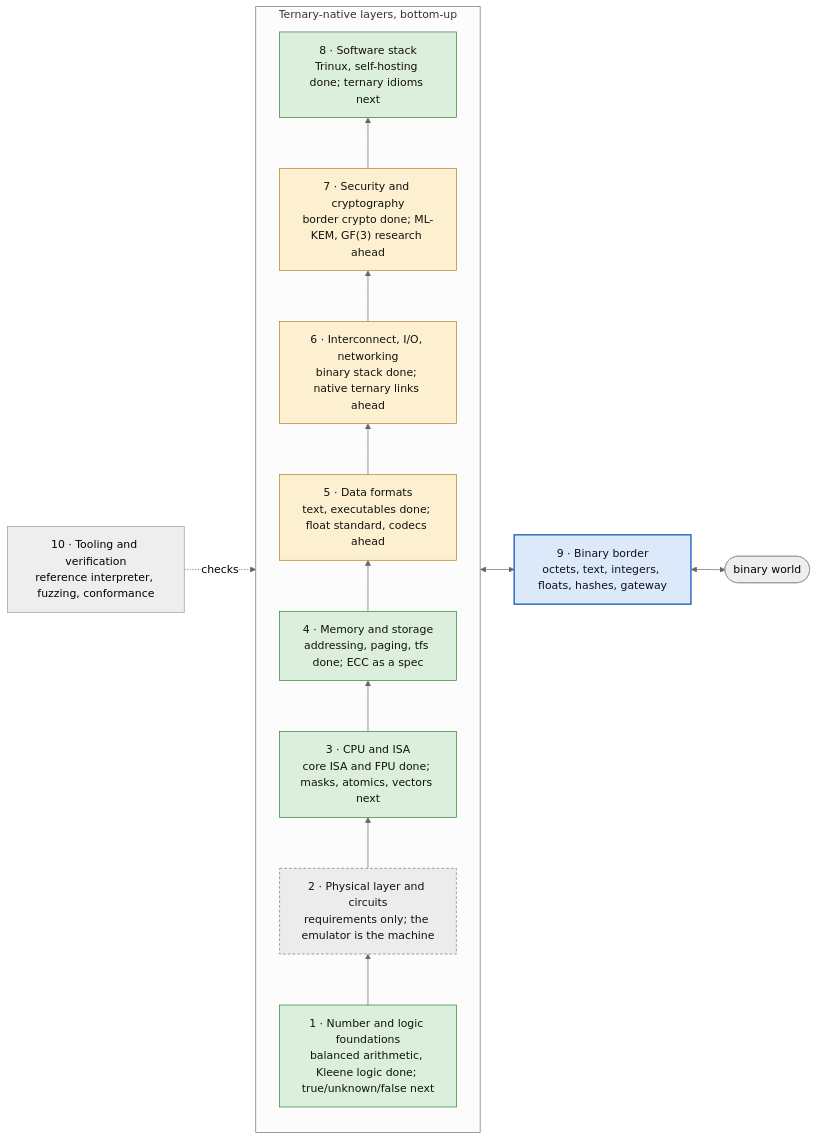
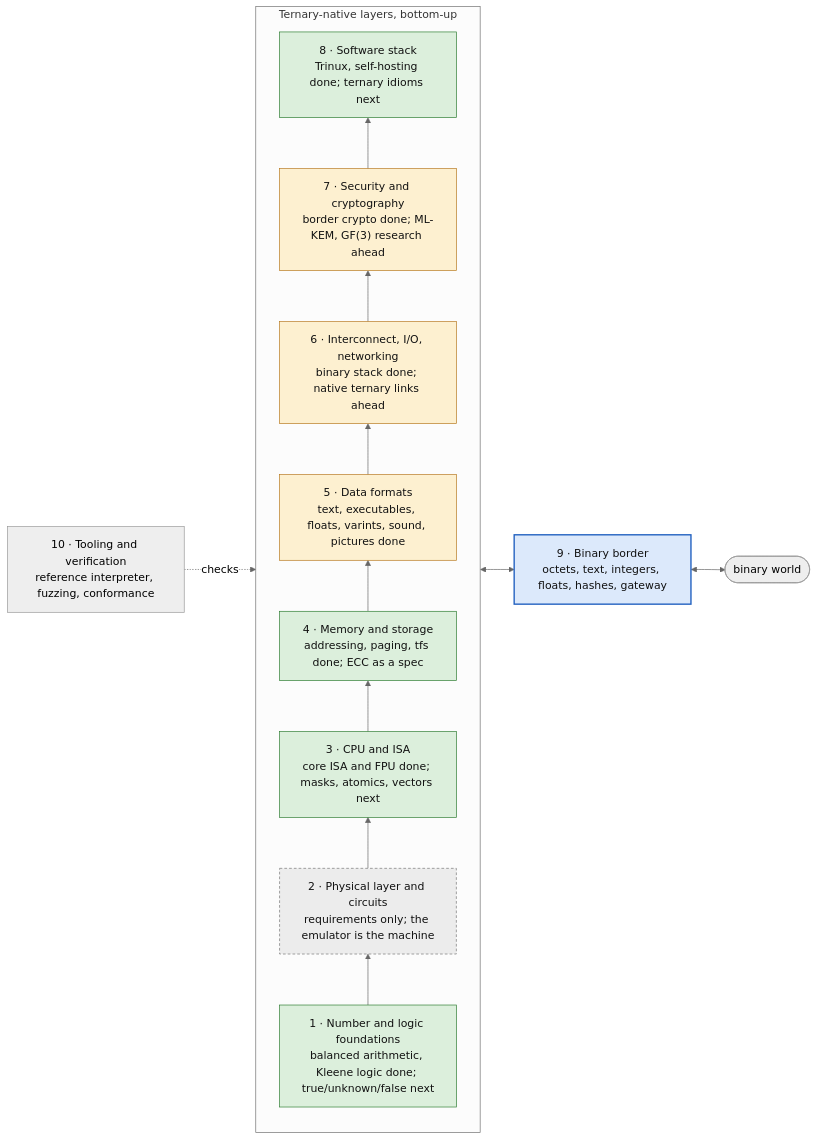
One commit to darkclad/Setun changed the first of 2 diagrams in docs/TERNARY_WORLD.md. Above: the diagram before and after it, drawn with Mermaid (neutral theme). The commit also changed other lines of this file and 18 other files, not shown here.

````diff
--- a/docs/TERNARY_WORLD.md
+++ b/docs/TERNARY_WORLD.md
@@ -23,28 +23,28 @@
 ```mermaid
 flowchart LR
     T["10 · Tooling and verification<br/>reference interpreter, fuzzing, conformance"]
     subgraph stack ["Ternary-native layers, bottom-up"]
         direction BT
         L1["1 · Number and logic foundations<br/>balanced arithmetic, Kleene logic done; true/unknown/false next"]
         L2["2 · Physical layer and circuits<br/>requirements only; the emulator is the machine"]
         L3["3 · CPU and ISA<br/>core ISA and FPU done; masks, atomics, vectors next"]
         L4["4 · Memory and storage<br/>addressing, paging, tfs done; ECC as a spec"]
-        L5["5 · Data formats<br/>text, executables done; float standard, codecs ahead"]
+        L5["5 · Data formats<br/>text, executables, floats, varints, sound, pictures done"]
         L6["6 · Interconnect, I/O, networking<br/>binary stack done; native ternary links ahead"]
         L7["7 · Security and cryptography<br/>border crypto done; ML-KEM, GF(3) research ahead"]
         L8["8 · Software stack<br/>Trinux, self-hosting done; ternary idioms next"]
         L1 --> L2 --> L3 --> L4 --> L5 --> L6 --> L7 --> L8
     end
     B["9 · Binary border<br/>octets, text, integers, floats, hashes, gateway"]
     W(["binary world"])
     T -. checks .-> stack
     stack <--> B <--> W
     classDef done fill:#dcefdc,stroke:#2e7d32,color:#111
     classDef partial fill:#fdf0d0,stroke:#b7791f,color:#111
     classDef research fill:#ececec,stroke:#777,color:#111,stroke-dasharray:4 3
     classDef border fill:#dce9fb,stroke:#1f5fbf,color:#111,stroke-width:2px
     class L1,L3,L4,L8 done
     class L5,L6,L7 partial
     class L2 research
     class B border
 ```
````
